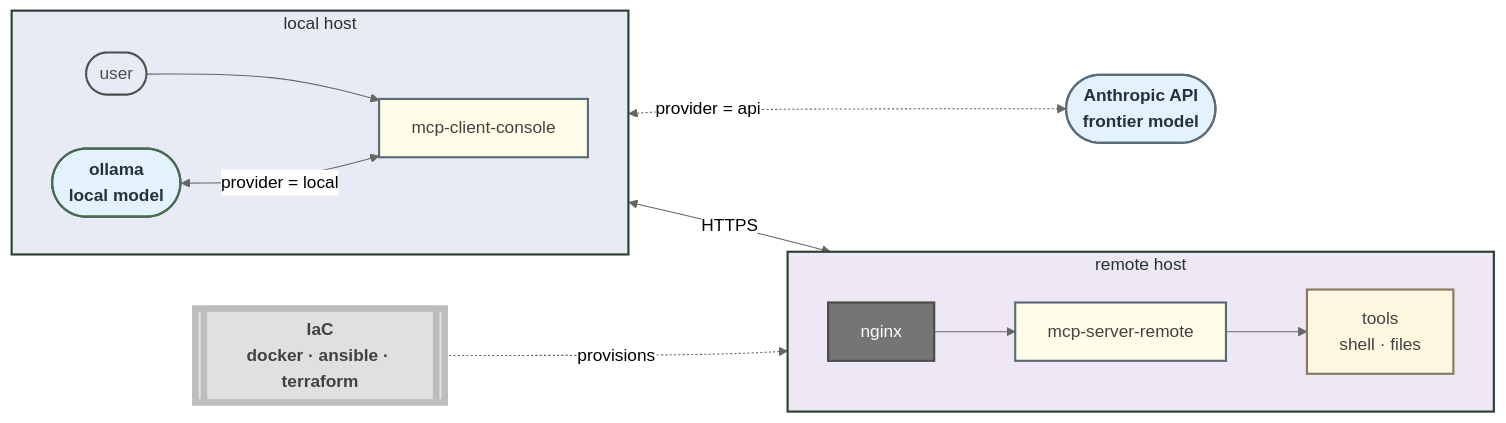
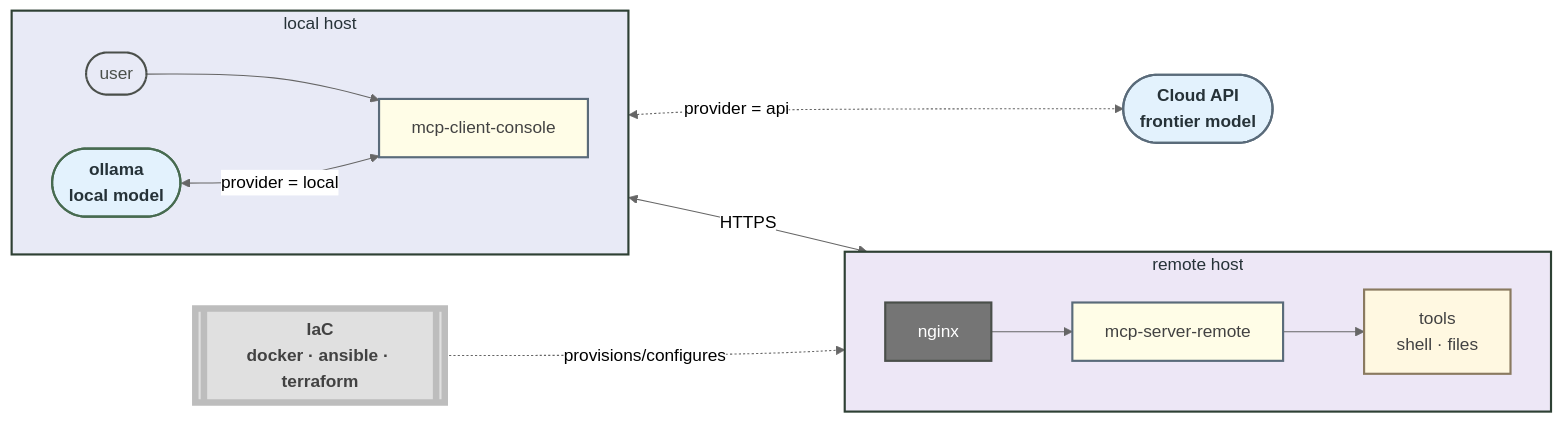
Before and after one commit to geomux/geomux: the diagram in README.md, drawn with Mermaid (neutral theme).

Commit message:
docs(README.md): added mermaid chart for my stacks.

````diff
--- a/README.md
+++ b/README.md
@@ -11,28 +11,28 @@
 ```mermaid
 flowchart LR
     subgraph RHOST["remote host"]
         direction LR
         N["nginx"]:::plumb --> S["mcp-server-remote"]:::pkg --> T["tools<br/>shell · files"]:::tools
     end
 
     subgraph LHOST["local host"]
         direction LR
         U([user]):::me --> C["mcp-client-console"]:::pkg
         M(["<b>ollama<b><br/>local model"]):::model <-->|provider = local| C
     end
 
-    API(["<b>Anthropic API"<b><br/>frontier model]):::cloud
+    API(["<b>Cloud API"<b><br/>frontier model]):::cloud
     C <-->|HTTPS| N
     C <-.->|provider = api| API
-    IAC[["<b>IaC<b><br/>docker · ansible · terraform"]]:::iac -.->|provisions| RHOST
+    IAC[["<b>IaC<b><br/>docker · ansible · terraform"]]:::iac -.->|provisions/configures| RHOST
 
     classDef me fill:none,stroke:#4A4F4A,stroke-width:2px,color:#4A4F4A
     classDef pkg fill:#FFFDE7,stroke:#5A6B7A,stroke-width:2px,color:#424242
     classDef plumb fill:#757575,stroke:#4A4F4A,stroke-width:2px,color:#FFFFFF
     classDef tools fill:#FFF8E1,stroke:#8A7A60,stroke-width:2px,color:#424242
     classDef iac fill:#E0E0E0,stroke:#BDBDBD,stroke-width:6px,color:#424242
     classDef model fill:#E3F2FD,stroke:#476B50,stroke-width:2px,color:#263238
     classDef cloud fill:#E3F2FD,stroke:#5A6B7A,stroke-width:2px,color:#263238
     style RHOST fill:#EDE7F6,stroke:#2E4034,stroke-width:2px,color:#263238
     style LHOST fill:#E8EAF6,stroke:#2E4034,stroke-width:2px,color:#263238
 ```
````
